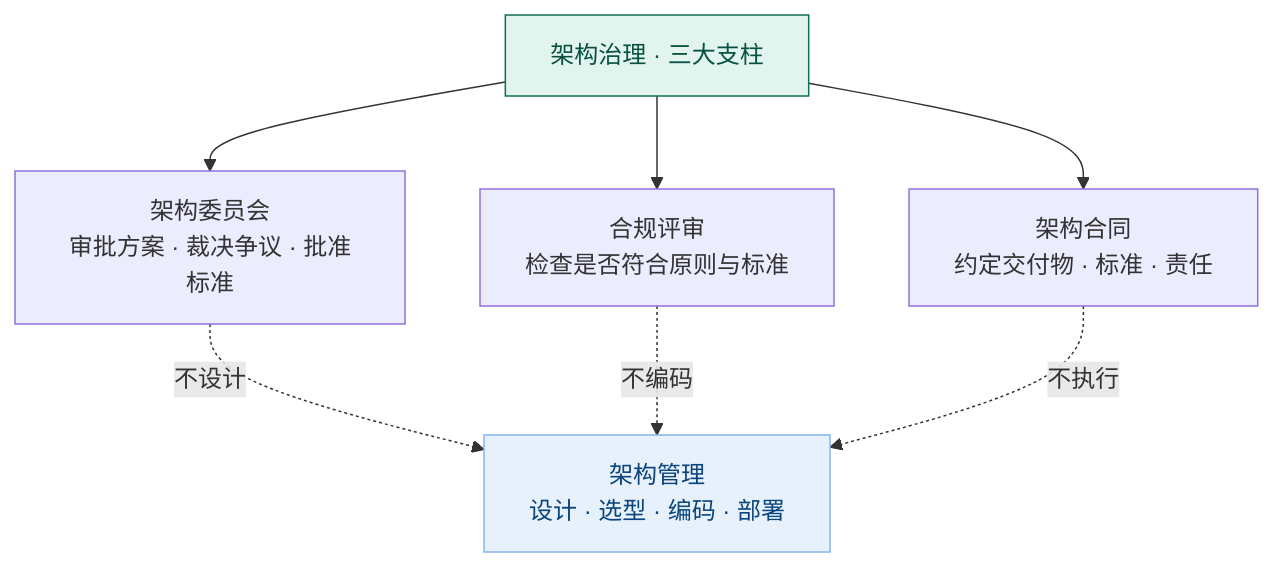
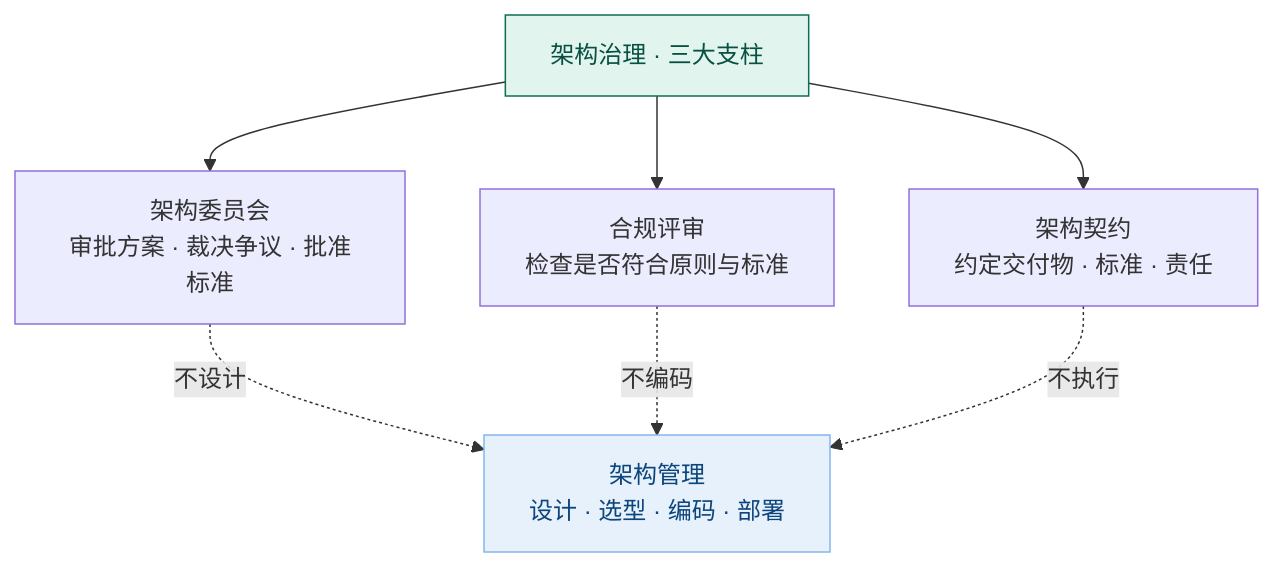
The eighth of 14 diagrams in 100-subprojects/01-系统工程研究/00-系统工程相关研究报告/08-治理概念研究报告-从词源到翻译史.md (Yongjunzhou/AOS-system-design), drawn with Mermaid before and after one commit. The commit also changed other lines of this file and 38 other files, not shown here.

````diff
--- a/100-subprojects/01-系统工程研究/00-系统工程相关研究报告/08-治理概念研究报告-从词源到翻译史.md
+++ b/100-subprojects/01-系统工程研究/00-系统工程相关研究报告/08-治理概念研究报告-从词源到翻译史.md
@@ -303,12 +333,12 @@
 ```mermaid
 flowchart TB
     GOV["架构治理 · 三大支柱"] --> A["架构委员会<br/>审批方案 · 裁决争议 · 批准标准"]
     GOV --> B["合规评审<br/>检查是否符合原则与标准"]
-    GOV --> C["架构合同<br/>约定交付物 · 标准 · 责任"]
+    GOV --> C["架构契约<br/>约定交付物 · 标准 · 责任"]
     A -.->|"不设计"| MGT["架构管理<br/>设计 · 选型 · 编码 · 部署"]
     B -.->|"不编码"| MGT
     C -.->|"不执行"| MGT
 
     style GOV fill:#E1F5EE,stroke:#0F6E56,color:#085041
     style MGT fill:#E6F1FB,stroke:#85B7EB,color:#0C447C
 ```
````
